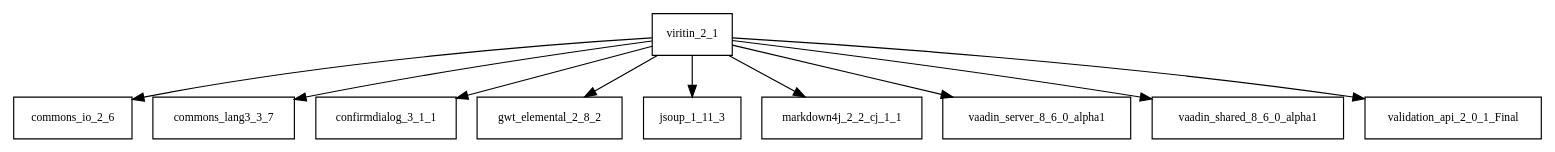
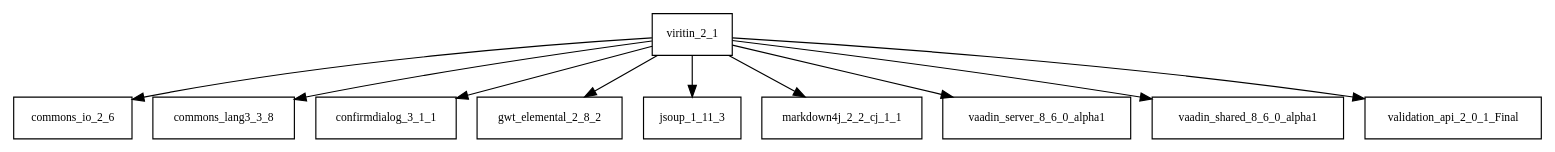
One commit to sjvs/cia changed the diagram in tattleTaleReport/graphviz/viritin-2.1.jar/viritin-2.1.jar.dot. Above: the diagram before and after it, drawn with Graphviz. The commit also changed 2896 other files, not shown here.

```diff
--- a/tattleTaleReport/graphviz/viritin-2.1.jar/viritin-2.1.jar.dot
+++ b/tattleTaleReport/graphviz/viritin-2.1.jar/viritin-2.1.jar.dot
@@ -1,12 +1,12 @@
 digraph viritin_2_1_dependencies {
   node [shape = box, fontsize=10.0];
   viritin_2_1 -> commons_io_2_6;
-  viritin_2_1 -> commons_lang3_3_7;
+  viritin_2_1 -> commons_lang3_3_8;
   viritin_2_1 -> confirmdialog_3_1_1;
   viritin_2_1 -> gwt_elemental_2_8_2;
   viritin_2_1 -> jsoup_1_11_3;
   viritin_2_1 -> markdown4j_2_2_cj_1_1;
   viritin_2_1 -> vaadin_server_8_6_0_alpha1;
   viritin_2_1 -> vaadin_shared_8_6_0_alpha1;
   viritin_2_1 -> validation_api_2_0_1_Final;
 }
```
